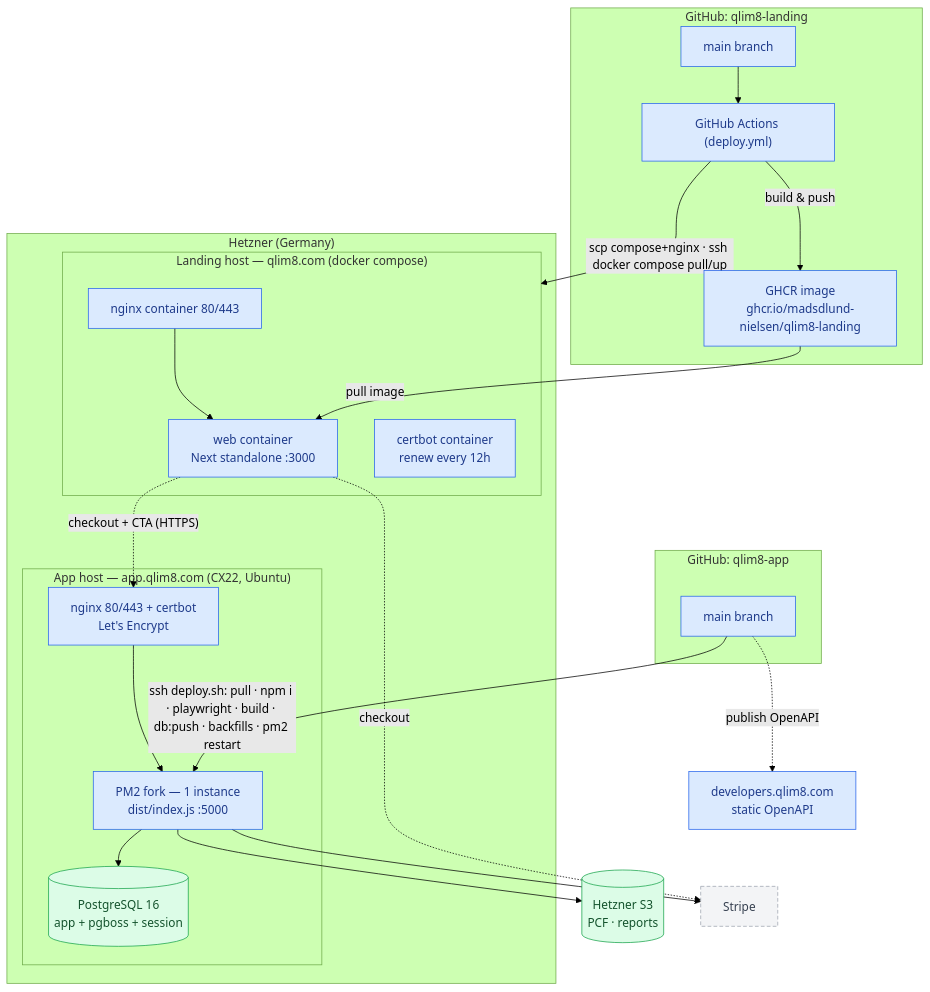
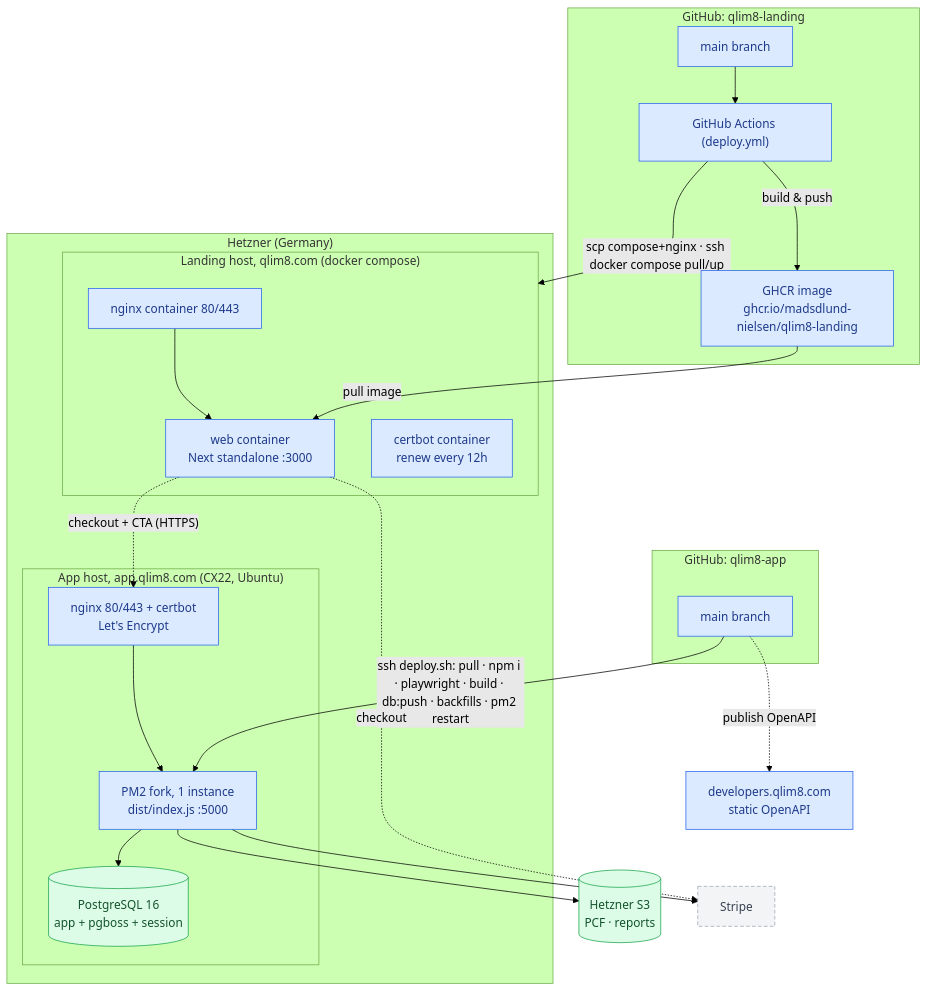
Before and after one commit to madsdlund-nielsen/qlim8-landing: the eighth of 12 diagrams in docs/da/architecture/system-architecture.md, drawn with Mermaid (forest theme). The commit also changed other lines of this file and 93 other files, not shown here.

````diff
--- a/docs/da/architecture/system-architecture.md
+++ b/docs/da/architecture/system-architecture.md
@@ -499,50 +499,50 @@
 ```mermaid
 flowchart TB
   subgraph ghapp["GitHub: qlim8-app"]
     appmain["main branch"]
   end
   subgraph ghland["GitHub: qlim8-landing"]
     landmain["main branch"]
     gha["GitHub Actions (deploy.yml)"]
     ghcr["GHCR image<br/>ghcr.io/madsdlund-nielsen/qlim8-landing"]
   end
 
   subgraph hetzner["Hetzner (Germany)"]
-    subgraph appvm["App host — app.qlim8.com (CX22, Ubuntu)"]
+    subgraph appvm["App host, app.qlim8.com (CX22, Ubuntu)"]
       anginx["nginx 80/443 + certbot<br/>Let's Encrypt"]
-      pm2["PM2 fork — 1 instance<br/>dist/index.js :5000"]
+      pm2["PM2 fork, 1 instance<br/>dist/index.js :5000"]
       pg[("PostgreSQL 16<br/>app + pgboss + session")]
     end
-    subgraph landvm["Landing host — qlim8.com (docker compose)"]
+    subgraph landvm["Landing host, qlim8.com (docker compose)"]
       lnginx["nginx container 80/443"]
       lweb["web container<br/>Next standalone :3000"]
       lcertbot["certbot container<br/>renew every 12h"]
     end
   end
 
   s3[("Hetzner S3<br/>PCF · reports")]
   stripe["Stripe"]
   devportal["developers.qlim8.com<br/>static OpenAPI"]
 
   appmain -->|"ssh deploy.sh: pull · npm i · playwright · build · db:push · backfills · pm2 restart"| pm2
   anginx --> pm2
   pm2 --> pg
   pm2 --> s3
   appmain -. publish OpenAPI .-> devportal
 
   landmain --> gha -->|build & push| ghcr
   gha -->|"scp compose+nginx · ssh docker compose pull/up"| landvm
   ghcr -->|pull image| lweb
   lnginx --> lweb
 
   lweb -. "checkout + CTA (HTTPS)" .-> anginx
   lweb -. checkout .-> stripe
   pm2 --> stripe
 
   classDef internal fill:#dbeafe,stroke:#2563eb,color:#1e3a8a;
   classDef store fill:#dcfce7,stroke:#16a34a,color:#14532d;
   classDef external fill:#f3f4f6,stroke:#9ca3af,color:#374151,stroke-dasharray:5 3;
   class appmain,landmain,gha,ghcr,anginx,pm2,lnginx,lweb,lcertbot,devportal internal;
   class pg,s3 store;
   class stripe external;
 ```
````
